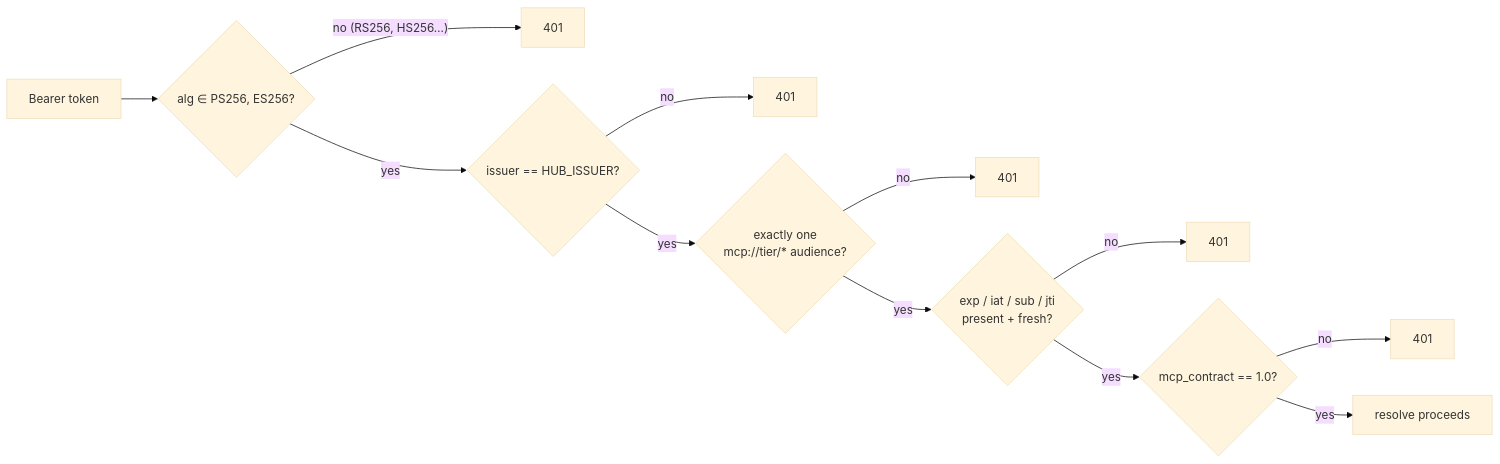
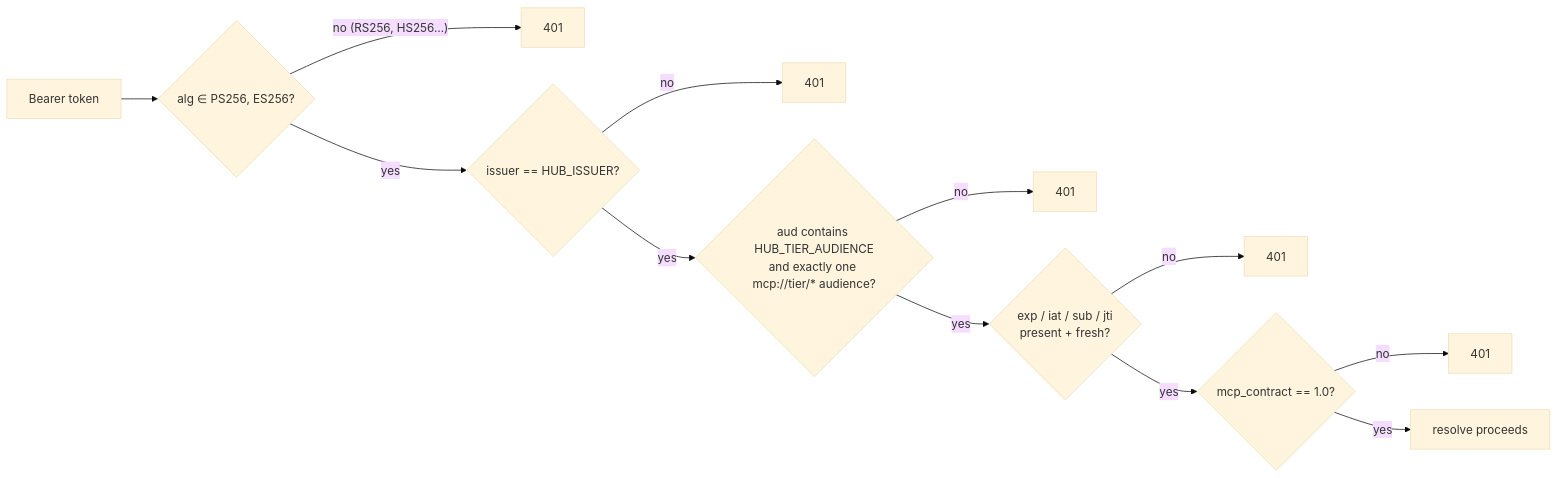
The fifth of 7 diagrams in docs/smoke-tests.md (chief-builder/vendor-token-broker), drawn with Mermaid (base theme) before and after one commit. The commit also changed other lines of this file and 20 other files, not shown here.

````diff
--- a/docs/smoke-tests.md
+++ b/docs/smoke-tests.md
@@ -323,14 +328,14 @@
 ```mermaid
 flowchart LR
     A["Bearer token"] --> C{"alg ∈ PS256, ES256?"}
     C -- "no (RS256, HS256…)" --> X1["401"]
     C -- yes --> D{"issuer == HUB_ISSUER?"}
     D -- no --> X2["401"]
-    D -- yes --> E{"exactly one<br/>mcp://tier/* audience?"}
+    D -- yes --> E{"aud contains HUB_TIER_AUDIENCE<br/>and exactly one mcp://tier/* audience?"}
     E -- no --> X3["401"]
     E -- yes --> F{"exp / iat / sub / jti<br/>present + fresh?"}
     F -- no --> X4["401"]
     F -- yes --> G{"mcp_contract == 1.0?"}
     G -- no --> X5["401"]
     G -- yes --> OK["resolve proceeds"]
 ```
````
